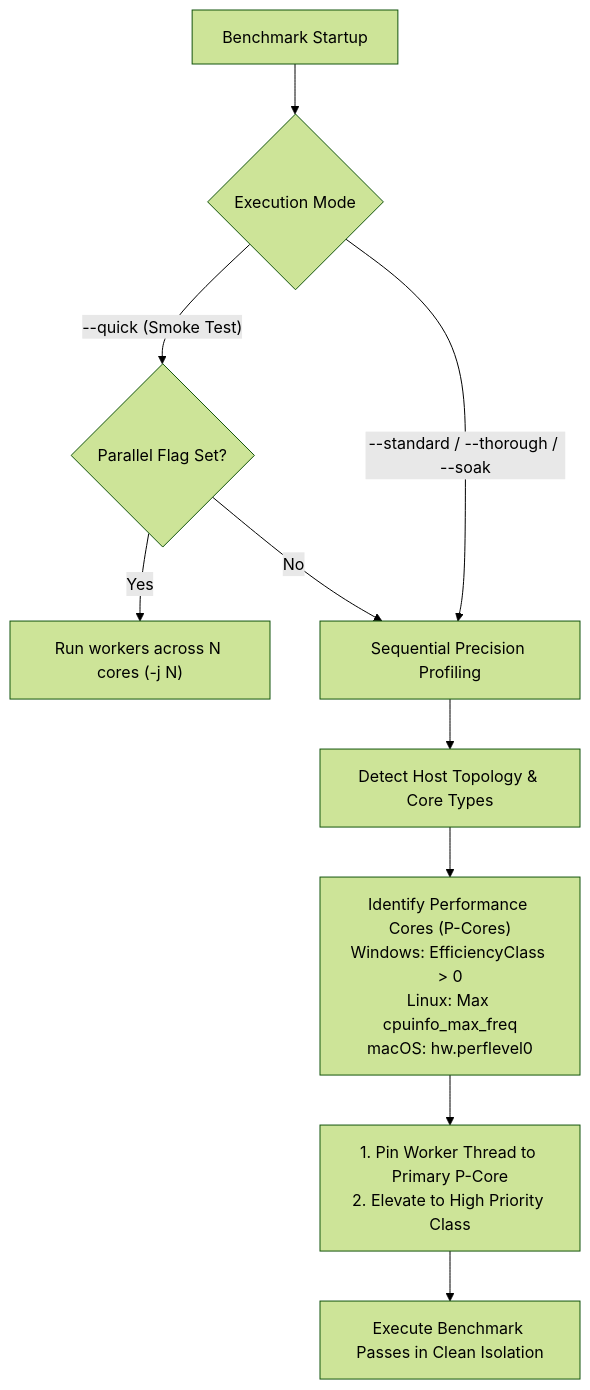
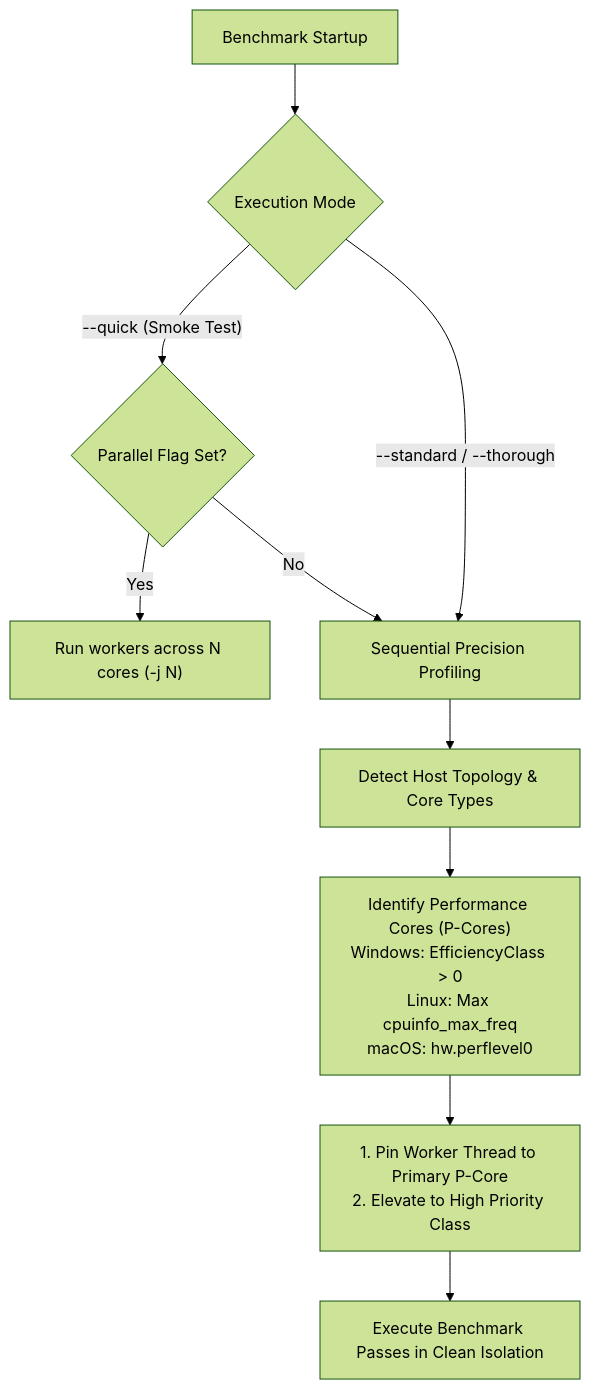
One commit to tomek-anuszkiewicz/amiga-studio changed the fourth of 7 diagrams in Obsidian/Amiga/Design/CPU Instruction Benchmarking.md. Above: the diagram before and after it, drawn with Mermaid (forest theme). The commit also changed other lines of this file and 169 other files, not shown here.

````diff
--- a/Obsidian/Amiga/Design/CPU Instruction Benchmarking.md
+++ b/Obsidian/Amiga/Design/CPU Instruction Benchmarking.md
@@ -204,13 +252,13 @@
 ```mermaid
 flowchart TD
     Start["Benchmark Startup"] --> Mode{"Execution Mode"}
     Mode -- "--quick (Smoke Test)" --> ParallelOpt{"Parallel Flag Set?"}
     ParallelOpt -- Yes --> MultiWorker["Run workers across N cores (-j N)"]
     ParallelOpt -- No --> SingleSeq
 
-    Mode -- "--standard / --thorough / --soak" --> SingleSeq["Sequential Precision Profiling"]
+    Mode -- "--standard / --thorough" --> SingleSeq["Sequential Precision Profiling"]
     SingleSeq --> Detect["Detect Host Topology & Core Types"]
     Detect --> FindPCore["Identify Performance Cores (P-Cores)<br/>Windows: EfficiencyClass > 0<br/>Linux: Max cpuinfo_max_freq<br/>macOS: hw.perflevel0"]
     FindPCore --> Pin["1. Pin Worker Thread to Primary P-Core<br/>2. Elevate to High Priority Class"]
     Pin --> RunBench["Execute Benchmark Passes in Clean Isolation"]
 ```
````
